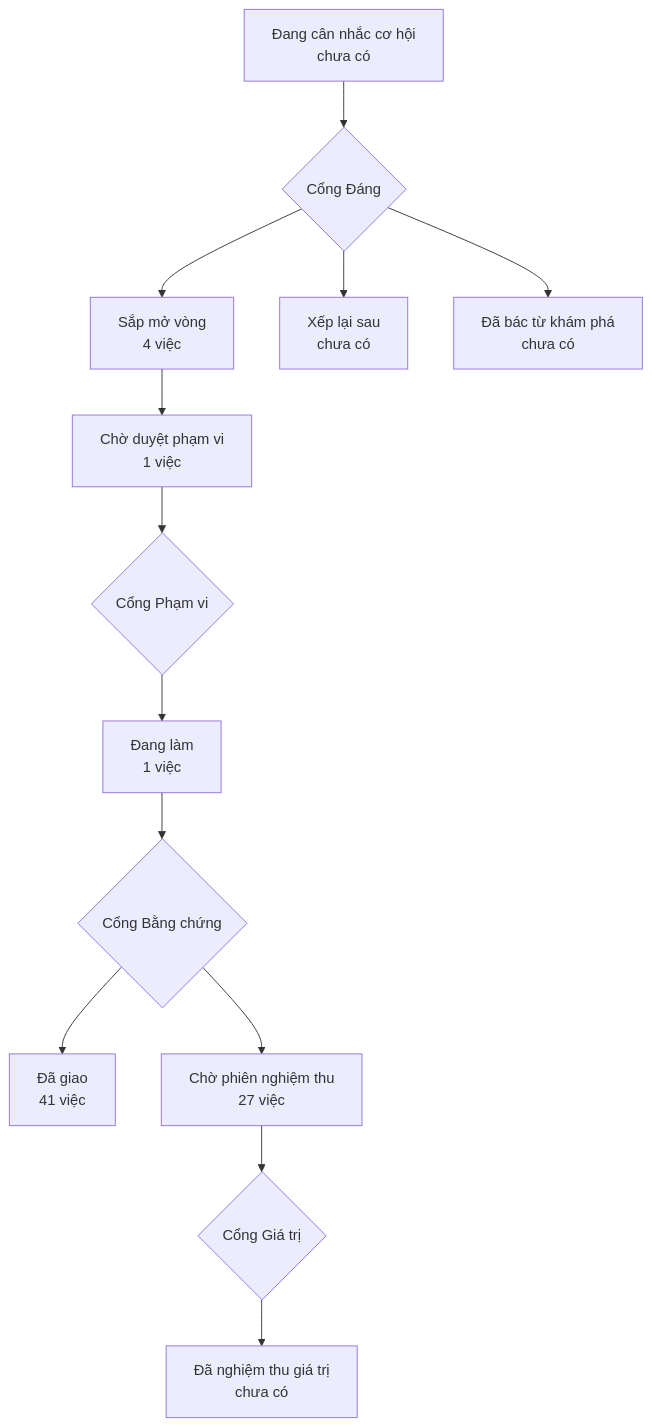
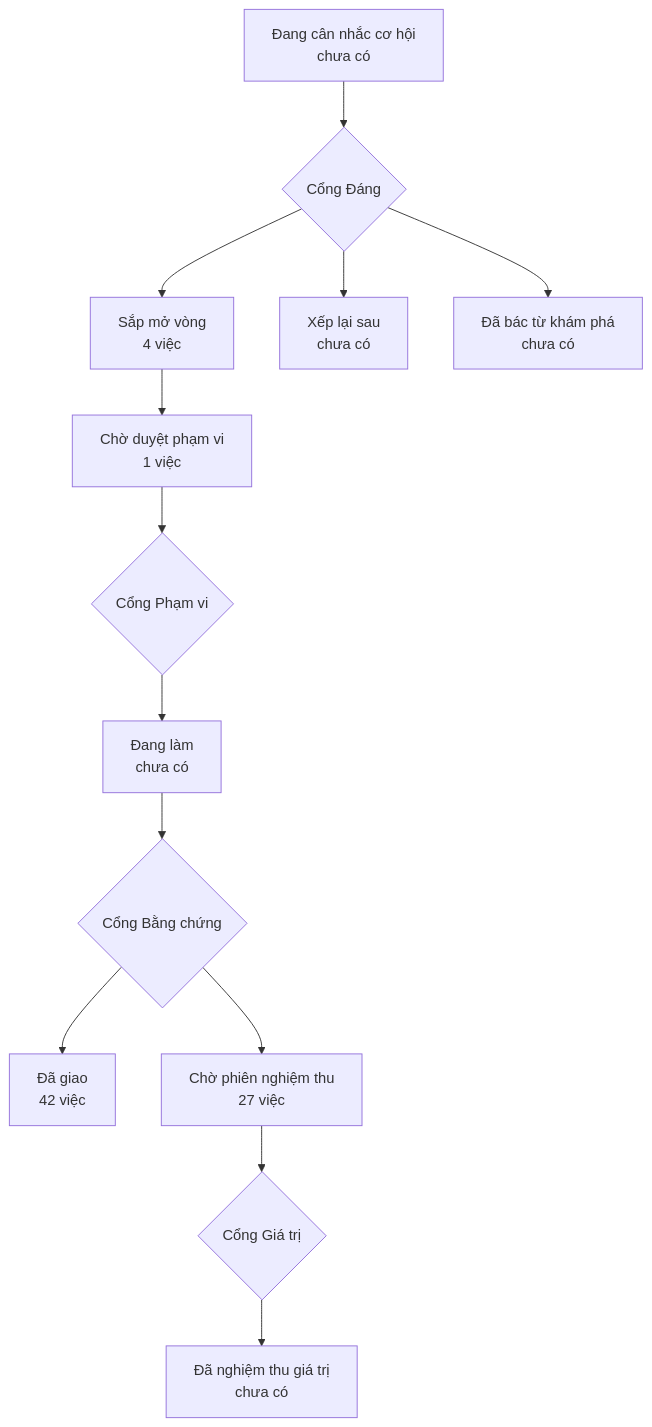
The diagram in PRODUCT-MAP.md (phanlemanh/onehub-invest), drawn with Mermaid before and after one commit. The commit also changed other lines of this file and 4 other files, not shown here.

````diff
--- a/PRODUCT-MAP.md
+++ b/PRODUCT-MAP.md
@@ -7,12 +7,12 @@
 ```mermaid
 flowchart TD
   A["Đang cân nhắc cơ hội<br/>chưa có"] --> GD{"Cổng Đáng"}
   GD --> B["Sắp mở vòng<br/>4 việc"]
   GD --> XL["Xếp lại sau<br/>chưa có"]
   GD --> DB["Đã bác từ khám phá<br/>chưa có"]
   B --> CD["Chờ duyệt phạm vi<br/>1 việc"] --> GP{"Cổng Phạm vi"}
-  GP --> DL["Đang làm<br/>1 việc"] --> GB{"Cổng Bằng chứng"}
-  GB --> DG["Đã giao<br/>41 việc"]
+  GP --> DL["Đang làm<br/>chưa có"] --> GB{"Cổng Bằng chứng"}
+  GB --> DG["Đã giao<br/>42 việc"]
   GB --> CN["Chờ phiên nghiệm thu<br/>27 việc"] --> GG{"Cổng Giá trị"}
   GG --> NT["Đã nghiệm thu giá trị<br/>chưa có"]
 ```
````
